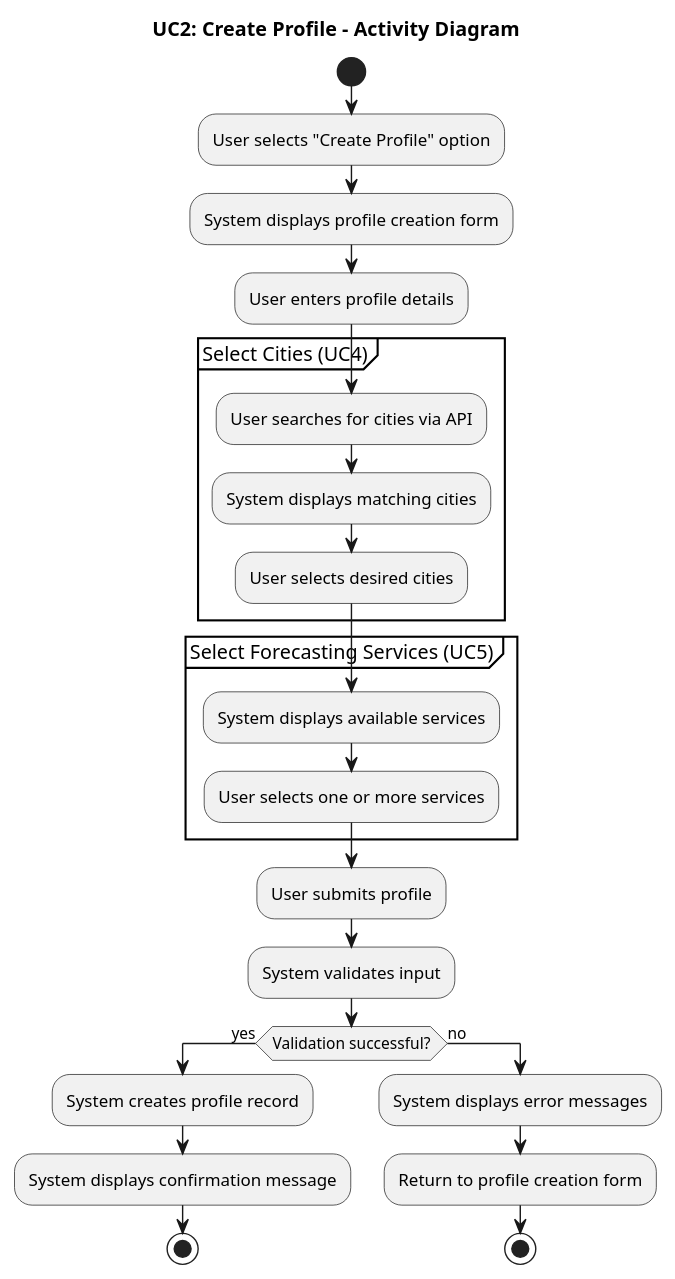
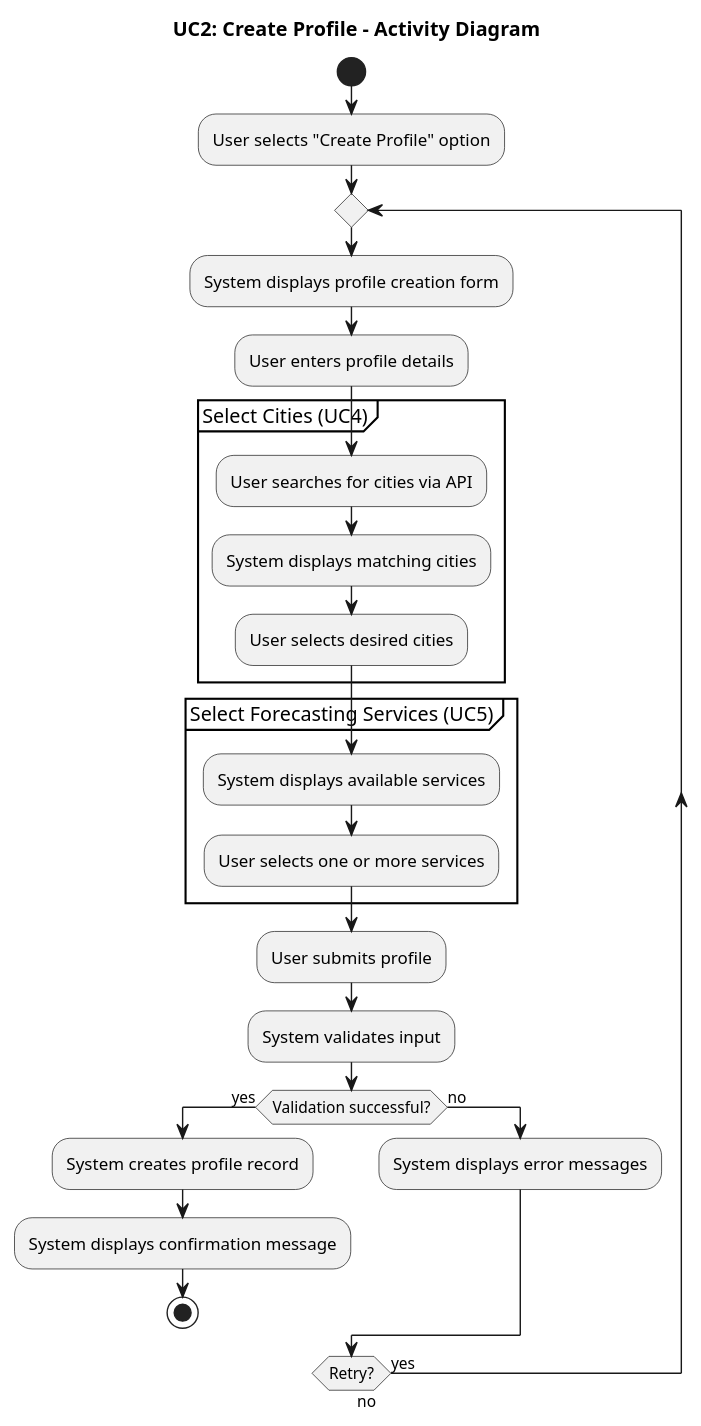
Before and after one commit to ManosMorf97/Weather-Forecasts-AI-Remastered: the diagram in requirements/activity_diagrams/UC2_Create_Profile.puml, drawn with PlantUML. The commit also changed 22 other files, not shown here.

Commit message:
activity diagrams pictures

```diff
--- a/requirements/activity_diagrams/UC2_Create_Profile.puml
+++ b/requirements/activity_diagrams/UC2_Create_Profile.puml
@@ -1,34 +1,34 @@
 @startuml UC2_Create_Profile_Activity_Diagram
 
 title UC2: Create Profile - Activity Diagram
 
 start
 :User selects "Create Profile" option;
-:System displays profile creation form;
-:User enters profile details;
+repeat
+  :System displays profile creation form;
+  :User enters profile details;
 
-partition "Select Cities (UC4)" {
-  :User searches for cities via API;
-  :System displays matching cities;
-  :User selects desired cities;
-}
+  partition "Select Cities (UC4)" {
+    :User searches for cities via API;
+    :System displays matching cities;
+    :User selects desired cities;
+  }
 
-partition "Select Forecasting Services (UC5)" {
-  :System displays available services;
-  :User selects one or more services;
-}
+  partition "Select Forecasting Services (UC5)" {
+    :System displays available services;
+    :User selects one or more services;
+  }
 
-:User submits profile;
-:System validates input;
+  :User submits profile;
+  :System validates input;
 
-if (Validation successful?) then (yes)
-  :System creates profile record;
-  :System displays confirmation message;
-  stop
-else (no)
-  :System displays error messages;
-  :Return to profile creation form;
-  stop
-endif
+  if (Validation successful?) then (yes)
+    :System creates profile record;
+    :System displays confirmation message;
+    stop
+  else (no)
+    :System displays error messages;
+  endif
+repeat while (Retry?) is (yes) not (no)
 
 @enduml
```
